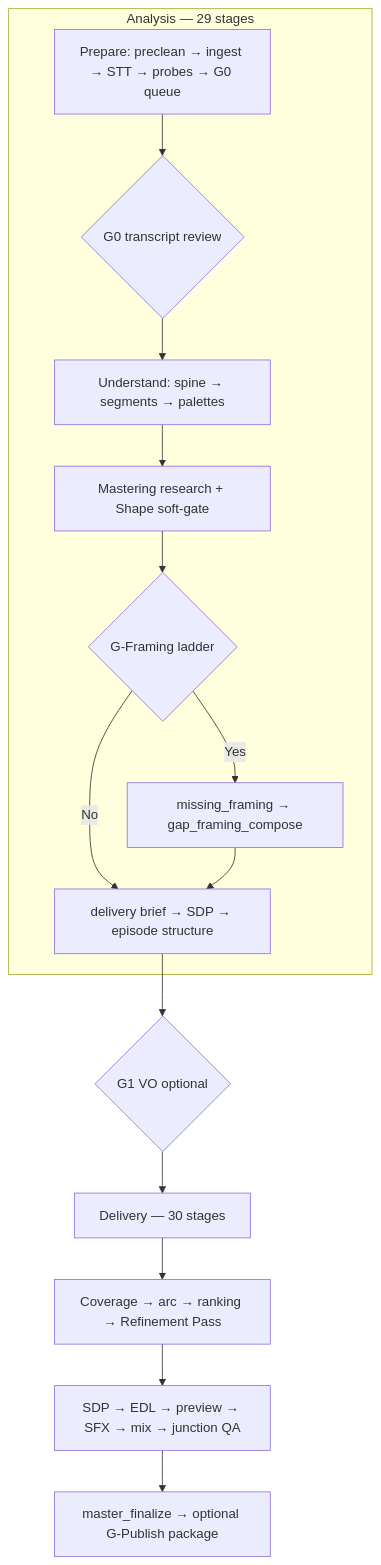
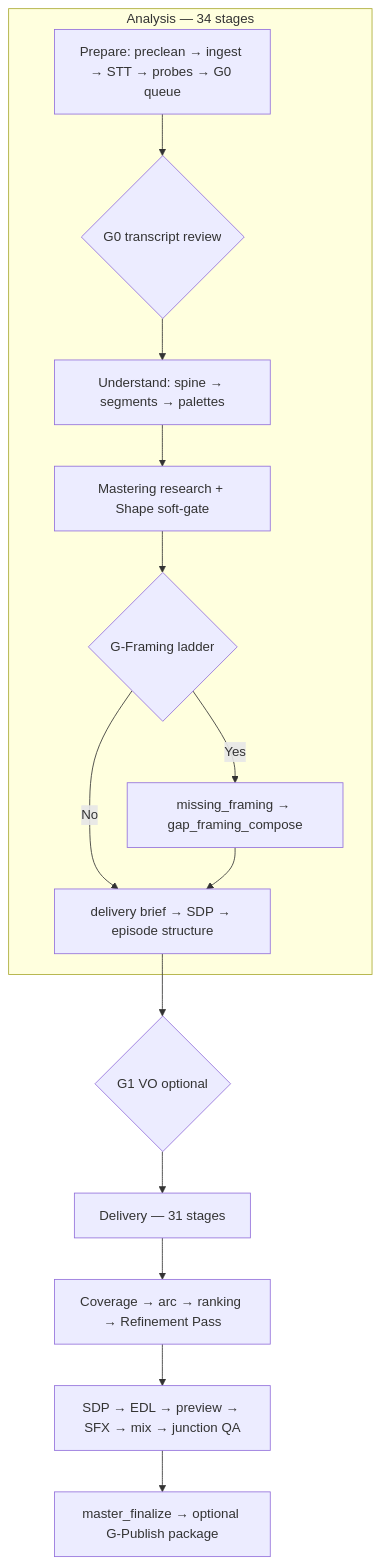
One commit to NicketUttarwar/interview_helper_mux changed the diagram in docs/pipeline.md. Above: the diagram before and after it, drawn with Mermaid. The commit also changed other lines of this file and 74 other files, not shown here.

````diff
--- a/docs/pipeline.md
+++ b/docs/pipeline.md
@@ -11,18 +11,18 @@
 ```mermaid
 flowchart TB
-    subgraph analysis [Analysis — 29 stages]
+    subgraph analysis [Analysis — 34 stages]
         A0[Prepare: preclean → ingest → STT → probes → G0 queue]
         A0 --> G0{G0 transcript review}
         G0 --> U[Understand: spine → segments → palettes]
         U --> M[Mastering research + Shape soft-gate]
         M --> GF{G-Framing ladder}
         GF -->|Yes| Gaps[missing_framing → gap_framing_compose]
         GF -->|No| Brief[delivery brief → SDP → episode structure]
         Gaps --> Brief
     end
     Brief --> G1{G1 VO optional}
-    G1 --> Del[Delivery — 30 stages]
+    G1 --> Del[Delivery — 31 stages]
     Del --> Rank[Coverage → arc → ranking → Refinement Pass]
     Rank --> Sound[SDP → EDL → preview → SFX → mix → junction QA]
     Sound --> Ship[master_finalize → optional G-Publish package]
 ```
````
